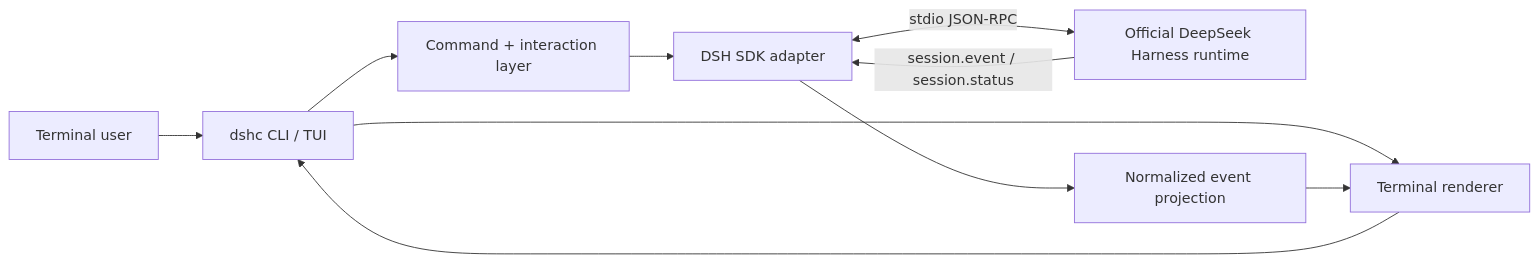
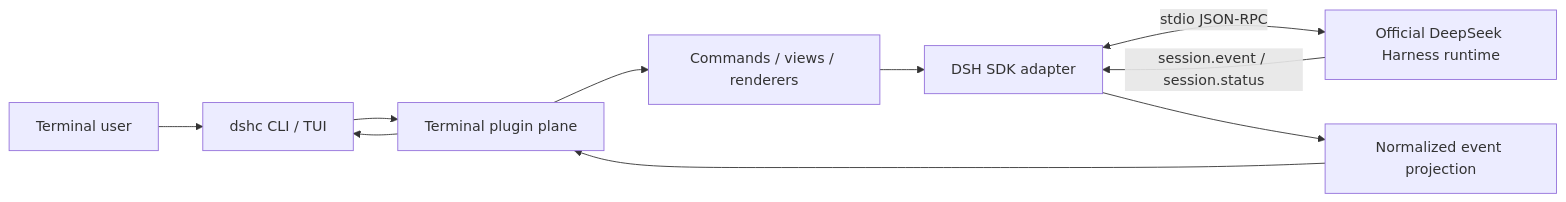
One commit to 1919-doomer/DeepseekHarness-CLI changed the diagram in README.md. Above: the diagram before and after it, drawn with Mermaid. The commit also changed other lines of this file, not shown here.

Commit message:
docs: surface plugin-driven terminal vision

````diff
--- a/README.md
+++ b/README.md
@@ -83,12 +113,12 @@
 ```mermaid
 flowchart LR
     U[Terminal user] --> T[dshc CLI / TUI]
-    T --> C[Command + interaction layer]
-    T --> R[Terminal renderer]
+    T --> P[Terminal plugin plane]
+    P --> C[Commands / views / renderers]
     C --> S[DSH SDK adapter]
     S <-->|stdio JSON-RPC| H[Official DeepSeek Harness runtime]
     H -->|session.event / session.status| S
     S --> E[Normalized event projection]
-    E --> R
-    R --> T
+    E --> P
+    P --> T
 ```
````
